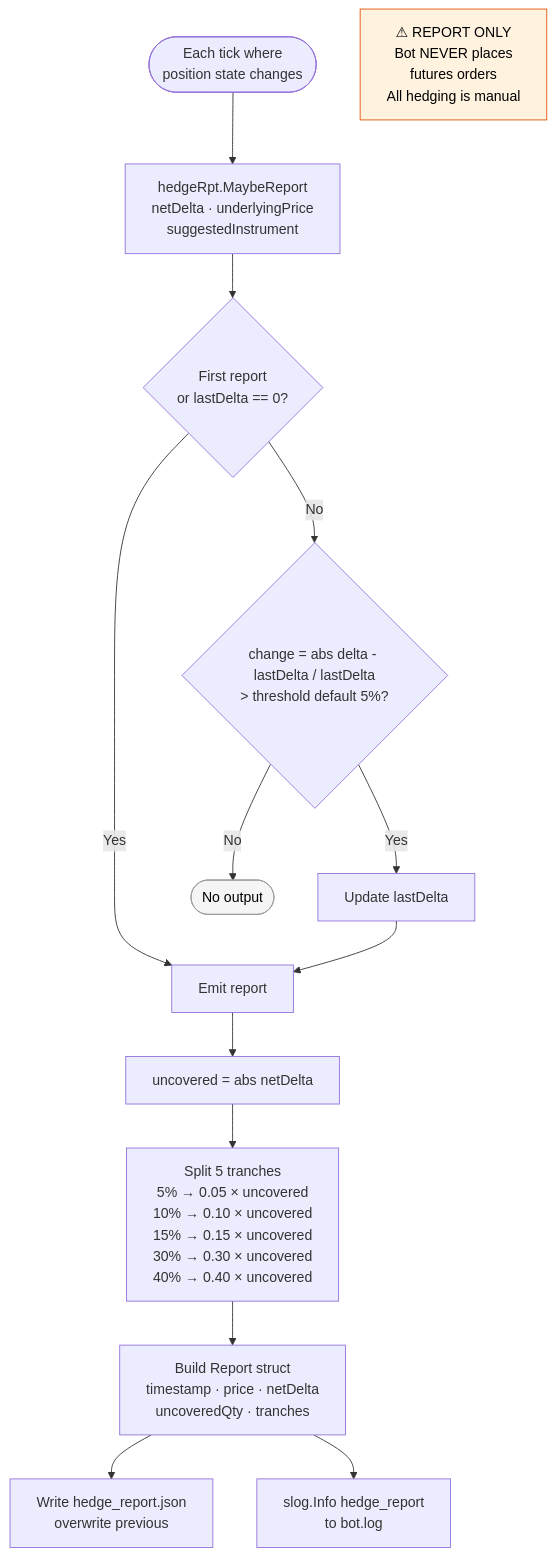
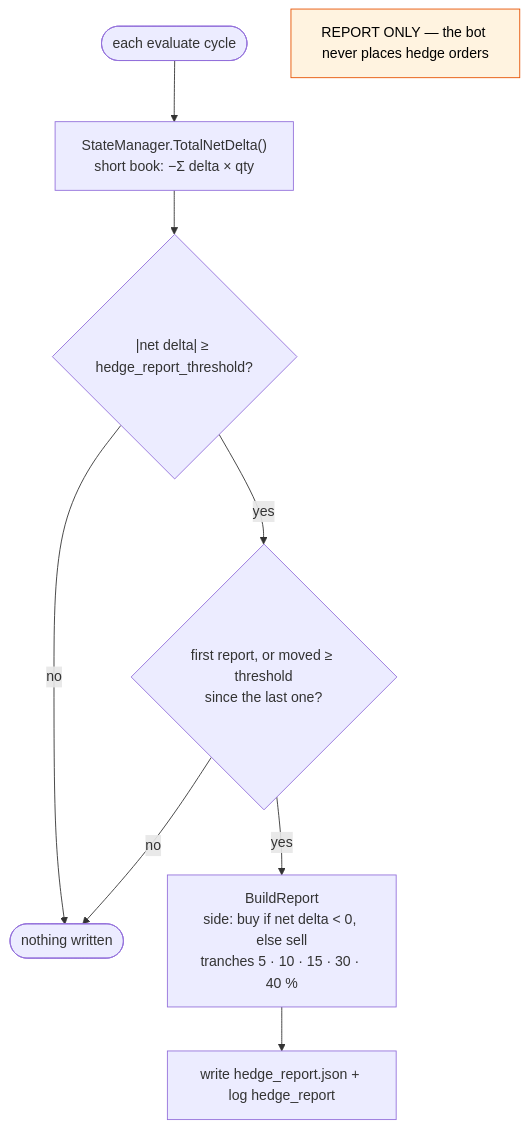
One commit to rchau73/optionsBot changed the diagram in docs/hedge_flow.mmd. Above: the diagram before and after it, drawn with Mermaid. The commit also changed 54 other files, not shown here.

```diff
--- a/docs/hedge_flow.mmd
+++ b/docs/hedge_flow.mmd
@@ -1,20 +1,10 @@
 flowchart TD
-    A([Each tick where\nposition state changes]) --> B["hedgeRpt.MaybeReport\nnetDelta · underlyingPrice\nsuggestedInstrument"]
-
-    B --> C{First report\nor lastDelta == 0?}
-    C -->|"Yes"| F[Emit report]
-    C -->|"No"| D{change = abs delta - lastDelta / lastDelta\n> threshold default 5%?}
-    D -->|"No"| Z([No output])
-    D -->|"Yes"| E[Update lastDelta]
-    E --> F
-
-    F --> G[uncovered = abs netDelta]
-    G --> H["Split 5 tranches\n5% → 0.05 × uncovered\n10% → 0.10 × uncovered\n15% → 0.15 × uncovered\n30% → 0.30 × uncovered\n40% → 0.40 × uncovered"]
-    H --> I[Build Report struct\ntimestamp · price · netDelta\nuncoveredQty · tranches]
-    I --> J[Write hedge_report.json\noverwrite previous]
-    I --> K[slog.Info hedge_report\nto bot.log]
-
-    L["⚠ REPORT ONLY\nBot NEVER places\nfutures orders\nAll hedging is manual"]
-
-    style L fill:#fff3e0,stroke:#e65100,color:#000
-    style Z fill:#f5f5f5,stroke:#9e9e9e,color:#000
+    A(["each evaluate cycle"]) --> B["StateManager.TotalNetDelta()<br/>short book: −Σ delta × qty"]
+    B --> C{"|net delta| ≥ hedge_report_threshold?"}
+    C -- "no" --> Z(["nothing written"])
+    C -- "yes" --> D{"first report, or moved ≥ threshold<br/>since the last one?"}
+    D -- "no" --> Z
+    D -- "yes" --> E["BuildReport<br/>side: buy if net delta < 0, else sell<br/>tranches 5 · 10 · 15 · 30 · 40 %"]
+    E --> F["write hedge_report.json + log hedge_report"]
+    N["REPORT ONLY — the bot never places hedge orders"]
+    style N fill:#fff3e0,stroke:#e65100,color:#000
```
